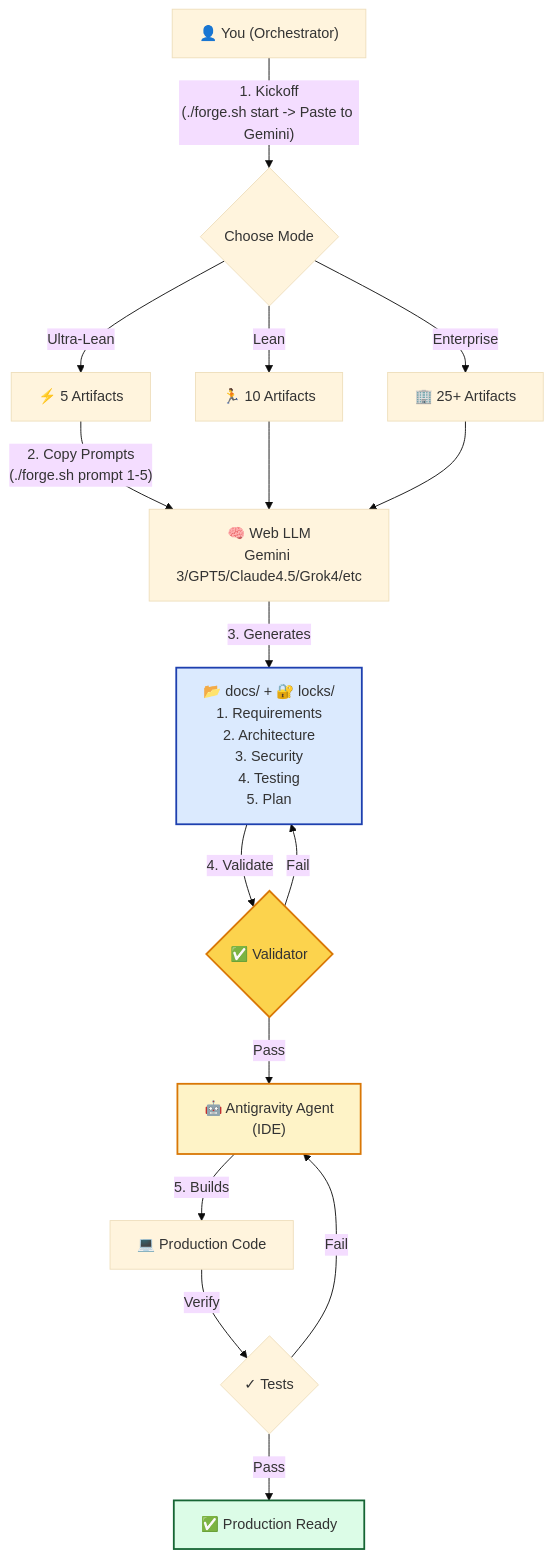
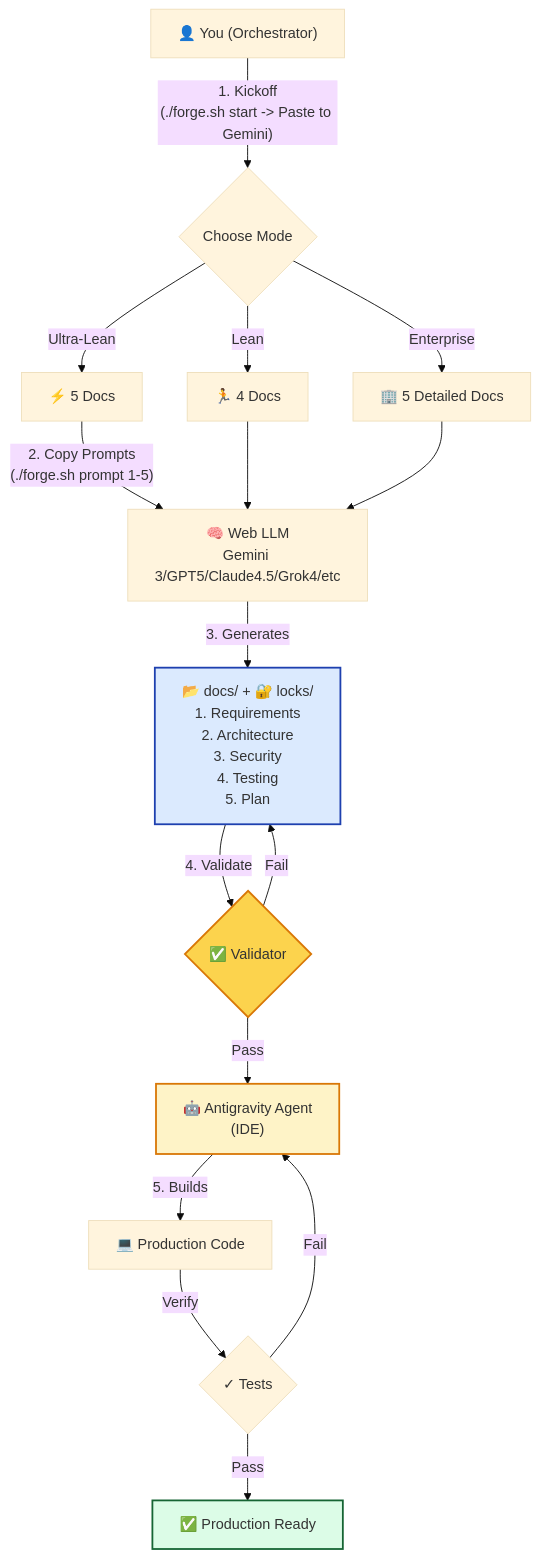
One commit to richfrem/quantum-diamond-forge changed the diagram in diagrams/high_level_flow(2.2).mermaid. Above: the diagram before and after it, drawn with Mermaid (base theme). The commit also changed 66 other files, not shown here.

Commit message:
Update prompts, README, diagrams, and add new backlog task for Ultra-Lean evaluation

```diff
--- a/diagrams/high_level_flow(2.2).mermaid
+++ b/diagrams/high_level_flow(2.2).mermaid
@@ -1,21 +1,21 @@
 flowchart TB
     User["👤 You (Orchestrator)"] -- "1. Kickoff<br/>(./forge.sh start -> Paste to Gemini)" --> Mode{"Choose Mode"}
-    Mode -- "Ultra-Lean" --> Ultra["⚡ 5 Artifacts"]
-    Mode -- Lean --> Lean["🏃 10 Artifacts"]
-    Mode -- Enterprise --> Ent["🏢 25+ Artifacts"]
+    Mode -- "Ultra-Lean" --> Ultra["⚡ 5 Docs"]
+    Mode -- Lean --> Lean["🏃 4 Docs"]
+    Mode -- Enterprise --> Ent["🏢 5 Detailed Docs"]
     Ultra -- "2. Copy Prompts<br/>(./forge.sh prompt 1-5)" --> WebAI["🧠 Web LLM<br>Gemini 3/GPT5/Claude4.5/Grok4/etc"]
     Lean --> WebAI
     Ent --> WebAI
     WebAI -- "3. Generates" --> Docs["📂 docs/ + 🔐 locks/<br>1. Requirements<br>2. Architecture<br>3. Security<br>4. Testing<br>5. Plan"]
     Docs -- "4. Validate" --> Gate{"✅ Validator"}
     Gate -- Pass --> Agent["🤖 Antigravity Agent<br>(IDE)"]
     Gate -- Fail --> Docs
     Agent -- "5. Builds" --> Code["💻 Production Code"]
     Code -- Verify --> Tests{"✓ Tests"}
     Tests -- Pass --> Done["✅ Production Ready"]
     Tests -- Fail --> Agent
 
     style Docs fill:#dbeafe,stroke:#1e40af,stroke-width:2px
     style Gate fill:#fcd34d,stroke:#d97706,stroke-width:2px
     style Agent fill:#fef3c7,stroke:#d97706,stroke-width:2px
     style Done fill:#dcfce7,stroke:#166534,stroke-width:2px
```
